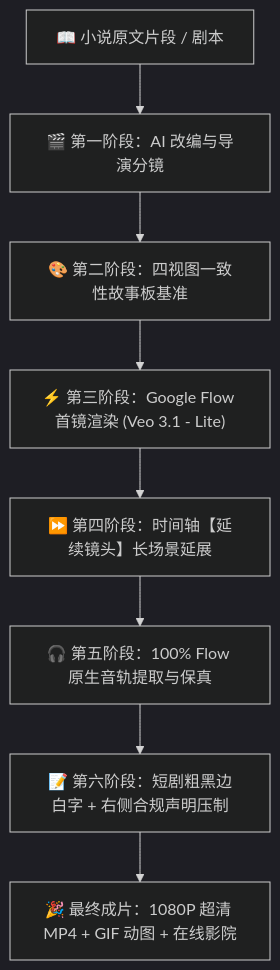
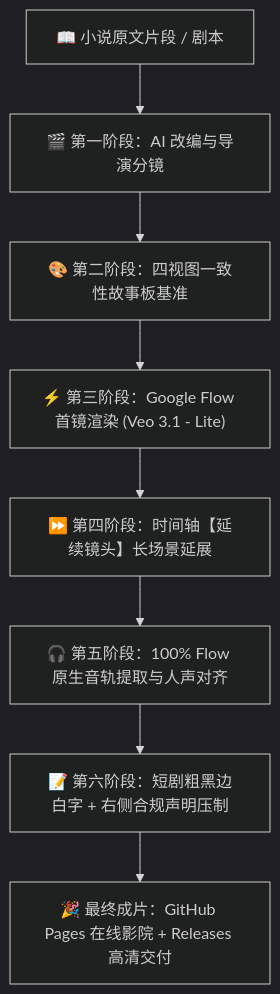
Before and after one commit to avisii1680769-cell/google-flow-manju-pipeline: the diagram in README.md, drawn with Mermaid (dark theme). The commit also changed other lines of this file and 22 other files, not shown here.

Commit message:
feat: 修复人声与字幕毫秒级对齐，全量上线 GitHub 托管与 GitHub Pages 在线影院

````diff
--- a/README.md
+++ b/README.md
@@ -24,10 +24,10 @@
 ```mermaid
 flowchart TD
     A["📖 小说原文片段 / 剧本"] --> B["🎬 第一阶段：AI 改编与导演分镜"]
     B --> C["🎨 第二阶段：四视图一致性故事板基准"]
     C --> D["⚡ 第三阶段：Google Flow 首镜渲染 (Veo 3.1 - Lite)"]
     D --> E["⏩ 第四阶段：时间轴【延续镜头】长场景延展"]
-    E --> F["🎧 第五阶段：100% Flow 原生音轨提取与保真"]
+    E --> F["🎧 第五阶段：100% Flow 原生音轨提取与人声对齐"]
     F --> G["📝 第六阶段：短剧粗黑边白字 + 右侧合规声明压制"]
-    G --> H["🎉 最终成片：1080P 超清 MP4 + GIF 动图 + 在线影院"]
+    G --> H["🎉 最终成片：GitHub Pages 在线影院 + Releases 高清交付"]
 ```
````
